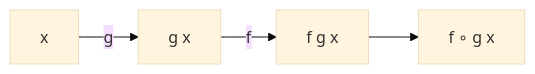
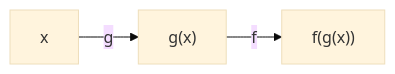
The diagram in public/documents/semester-1/4/1417.md (djaimej/computer-science-template), drawn with Mermaid (base theme) before and after one commit. The commit also changed other lines of this file and 7 other files, not shown here.

````diff
--- a/public/documents/semester-1/4/1417.md
+++ b/public/documents/semester-1/4/1417.md
@@ -19,6 +19,4 @@
 ```mermaid
-graph LR
-    A[x] -->|g| B[g x]
-    B -->|f| C[f g x]
-    C --> D[f ∘ g x]
+flowchart LR
+  X["x"] -->|"g"| G["g(x)"] -->|"f"| F["f(g(x))"]
 ```
````
